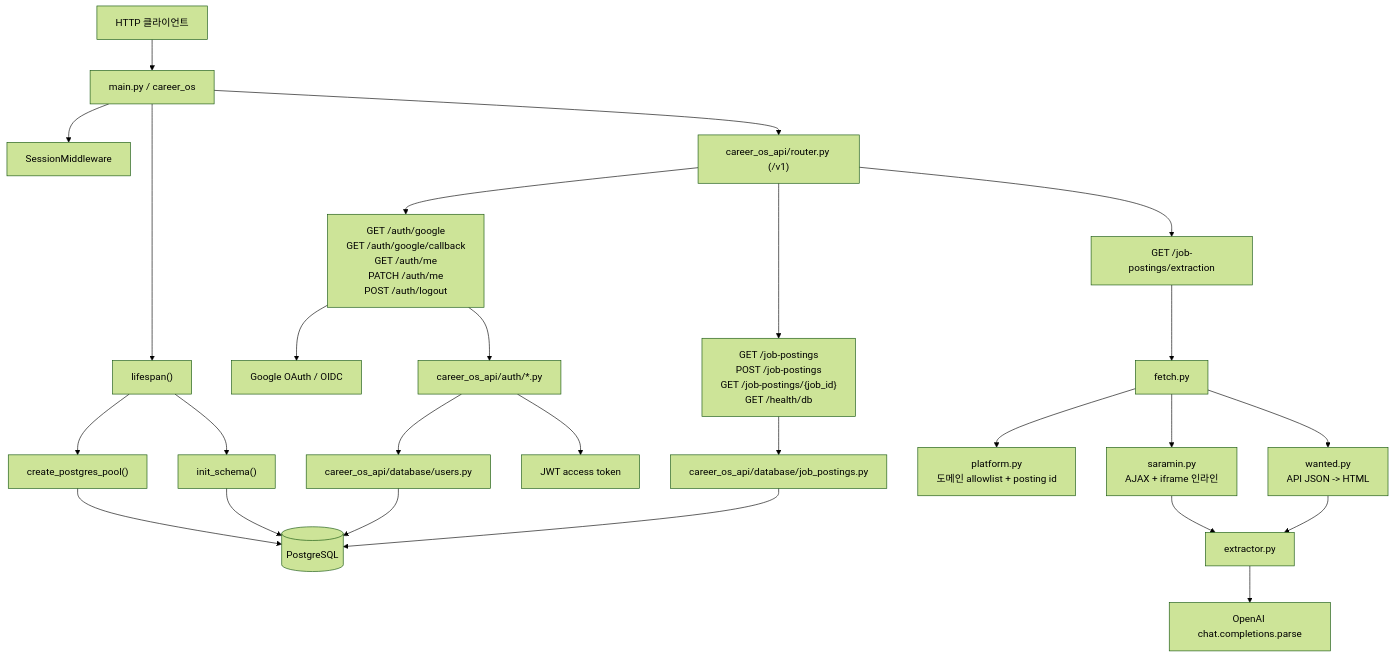
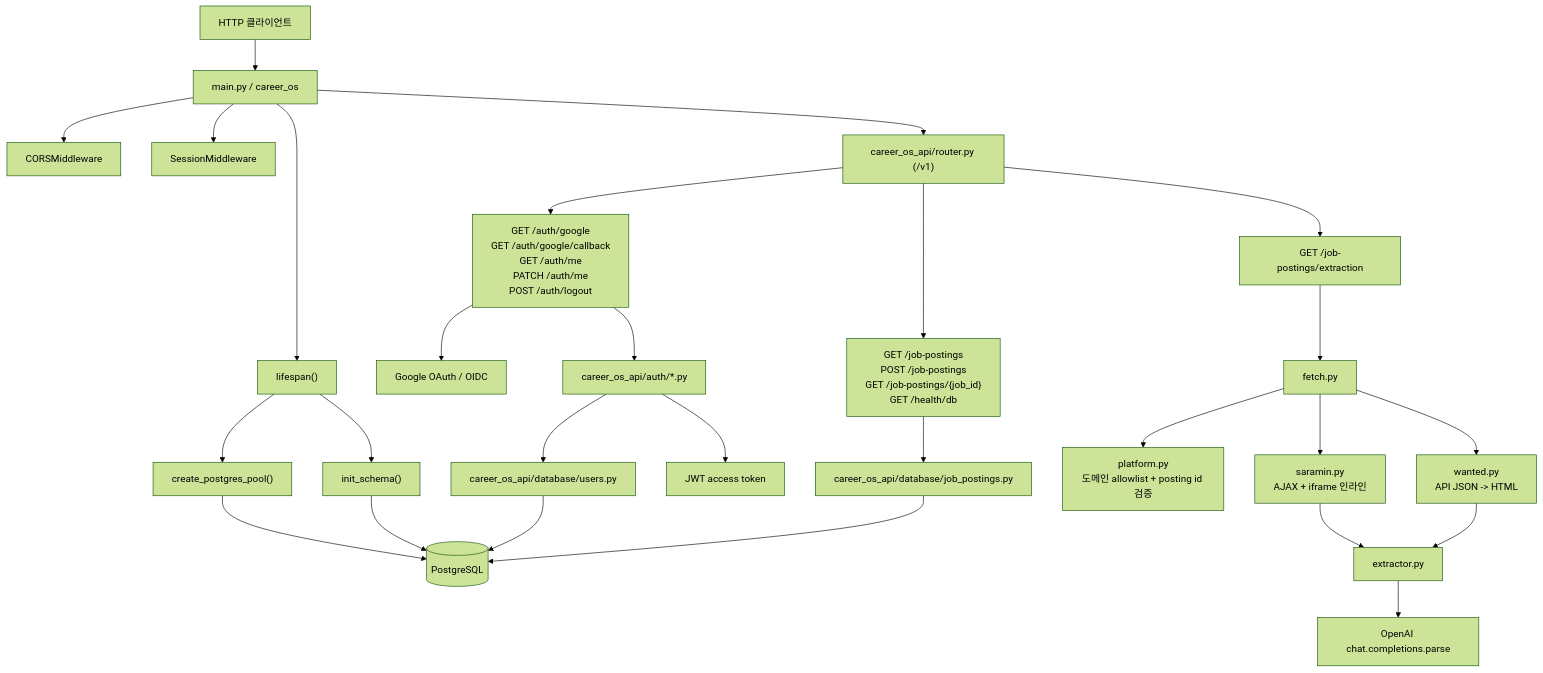
One commit to dongju93/career-os changed the diagram in README.md. Above: the diagram before and after it, drawn with Mermaid (forest theme). The commit also changed other lines of this file and 1 other file, not shown here.

````diff
--- a/README.md
+++ b/README.md
@@ -75,32 +72,33 @@
 ```mermaid
 graph TD
     Client["HTTP 클라이언트"] --> App["main.py / career_os"]
     App --> Lifespan["lifespan()"]
     Lifespan --> Pool["create_postgres_pool()"]
     Lifespan --> DDL["init_schema()"]
+    App --> CORS["CORSMiddleware"]
     App --> Session["SessionMiddleware"]
     Pool --> Postgres[(PostgreSQL)]
     DDL --> Postgres
 
     App --> Router["career_os_api/router.py (/v1)"]
 
     Router --> AuthRoutes["GET /auth/google<br/>GET /auth/google/callback<br/>GET /auth/me<br/>PATCH /auth/me<br/>POST /auth/logout"]
     AuthRoutes --> Google["Google OAuth / OIDC"]
     AuthRoutes --> AuthDeps["career_os_api/auth/*.py"]
     AuthDeps --> UsersRepo["career_os_api/database/users.py"]
     UsersRepo --> Postgres
     AuthDeps --> JWT["JWT access token"]
 
     Router --> PostingRoutes["GET /job-postings<br/>POST /job-postings<br/>GET /job-postings/{job_id}<br/>GET /health/db"]
     PostingRoutes --> PostingRepo["career_os_api/database/job_postings.py"]
     PostingRepo --> Postgres
 
     Router --> ExtractionRoute["GET /job-postings/extraction"]
     ExtractionRoute --> Fetch["fetch.py"]
-    Fetch --> Platform["platform.py<br/>도메인 allowlist + posting id"]
+    Fetch --> Platform["platform.py<br/>도메인 allowlist + posting id 검증"]
     Fetch --> Saramin["saramin.py<br/>AJAX + iframe 인라인"]
     Fetch --> Wanted["wanted.py<br/>API JSON -> HTML"]
     Saramin --> Extractor["extractor.py"]
     Wanted --> Extractor
     Extractor --> OpenAI["OpenAI chat.completions.parse"]
 ```
````
